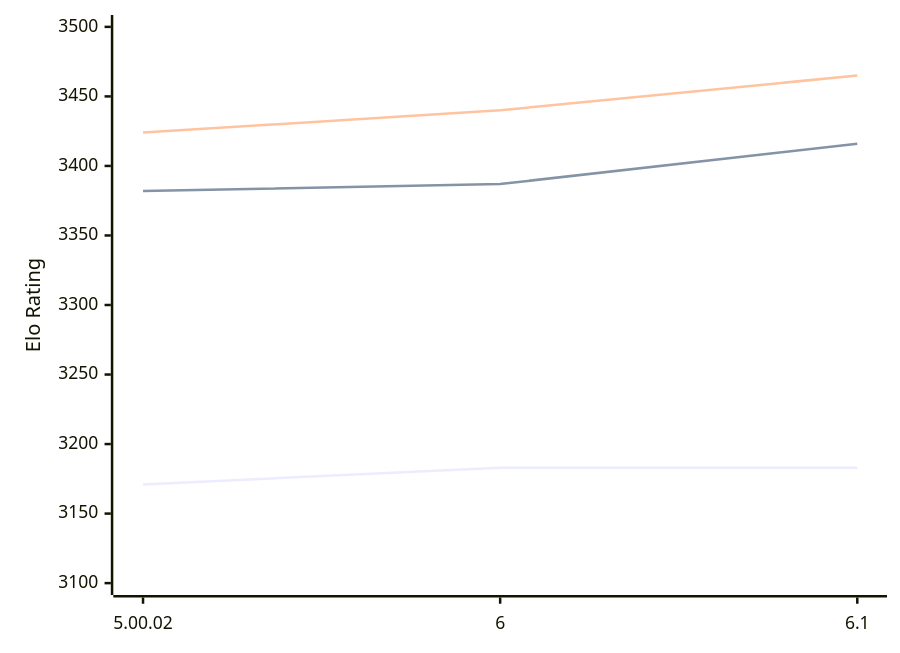
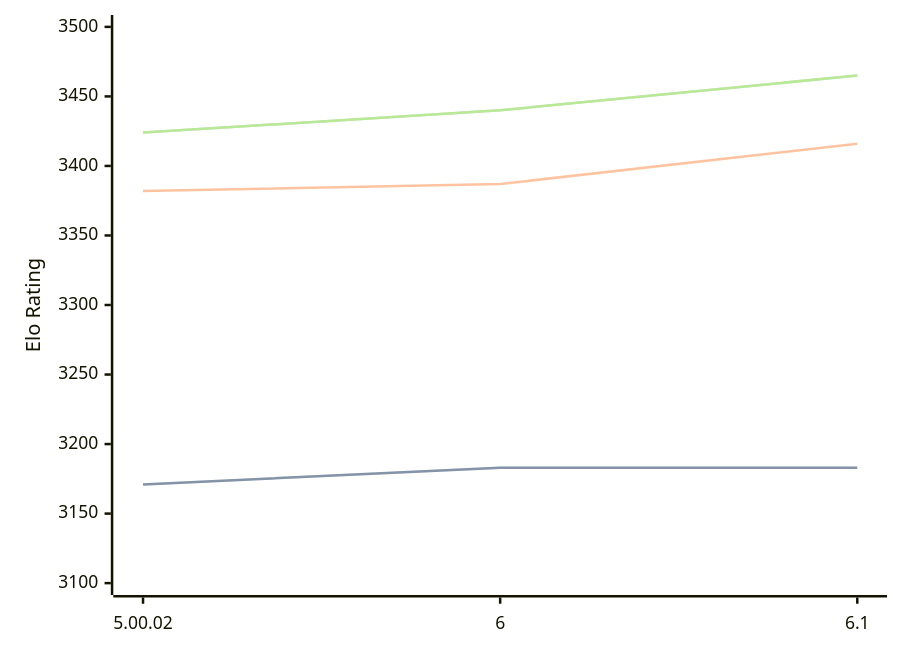
One commit to computer-chess-index/cci changed the diagram in engines/Zangdar.md. Above: the diagram before and after it, drawn with Mermaid. The commit also changed other lines of this file, not shown here.

Commit message:
Update CCI Ratings (ELO VLTC) - 2026-02-13

````diff
--- a/engines/Zangdar.md
+++ b/engines/Zangdar.md
@@ -42,9 +42,11 @@
 ```mermaid
 %%{init: {"theme":"base","themeVariables":{"seriesColors:['#a3a3a3','#222221','#faa371']}}}%%
 xychart-beta
   x-axis ["5.00.02", "6", "6.1"]
   y-axis "Elo Rating" 3100 --> 3500
   line "STC (8.0+0.08s)" [3171, 3183, 3183]
+  line "STC (8.0+0.08s)" [3171, 3183, 3183]
   line "LTC (60.0+0.60s)" [3382, 3387, 3416]
   line "VLTC (2m24s+1.12s)" [3424, 3440, 3465]
+  line "VLTC (2m24s+1.12s)" [3424, 3440, 3465]
 ```
````
